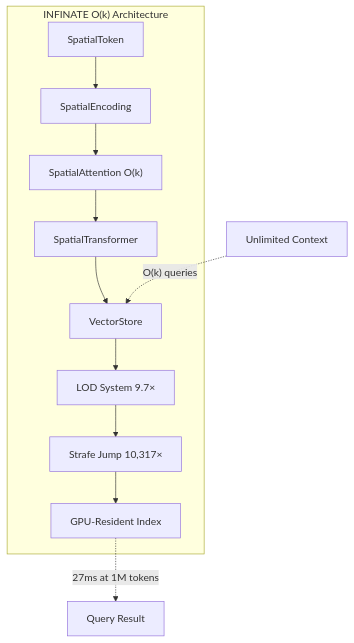
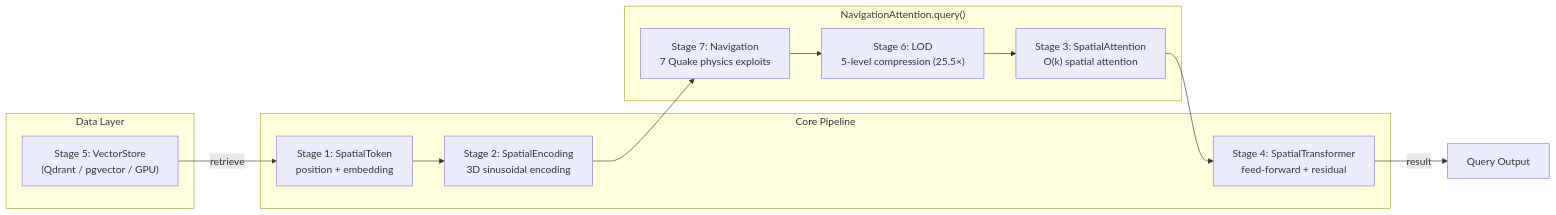
The diagram in README.md (ch1pu/infinate), drawn with Mermaid before and after one commit. The commit also changed other lines of this file, not shown here.

First line of the commit message:
docs: rewrite Architecture section with accurate 7-stage pipeline

````diff
--- a/README.md
+++ b/README.md
@@ -272,15 +276,26 @@
 ```mermaid
-graph TB
-    subgraph "INFINATE O(k) Architecture"
-        A["SpatialToken"] --> B["SpatialEncoding"]
-        B --> C["SpatialAttention O(k)"]
-        C --> D["SpatialTransformer"]
-        D --> E["VectorStore"]
-        E --> F["LOD System 9.7×"]
-        F --> G["Strafe Jump 10,317×"]
-        G --> H["GPU-Resident Index"]
+graph LR
+    subgraph Data["Data Layer"]
+        S5["Stage 5: VectorStore\n(Qdrant / pgvector / GPU)"]
     end
 
-    I["Unlimited Context"] -.->|"O(k) queries"| E
-    H -.->|"27ms at 1M tokens"| J["Query Result"]
+    subgraph Core["Core Pipeline"]
+        S1["Stage 1: SpatialToken\nposition + embedding"]
+        S2["Stage 2: SpatialEncoding\n3D sinusoidal encoding"]
+        S4["Stage 4: SpatialTransformer\nfeed-forward + residual"]
+    end
+
+    subgraph NavBundle["NavigationAttention.query()"]
+        S3["Stage 3: SpatialAttention\nO(k) spatial attention"]
+        S6["Stage 6: LOD\n5-level compression (25.5×)"]
+        S7["Stage 7: Navigation\n7 Quake physics exploits"]
+    end
+
+    S5 -->|"retrieve"| S1
+    S1 --> S2
+    S2 --> S7
+    S7 --> S6
+    S6 --> S3
+    S3 --> S4
+    S4 -->|"result"| Out["Query Output"]
 ```
````
